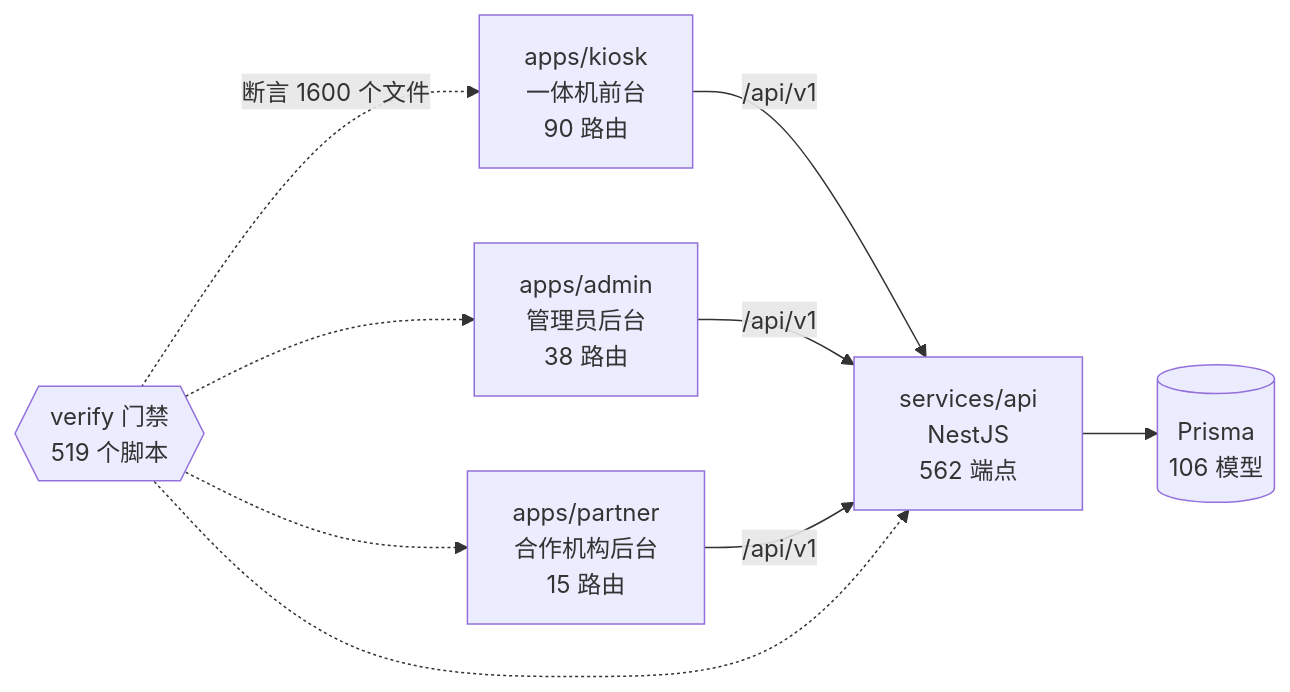
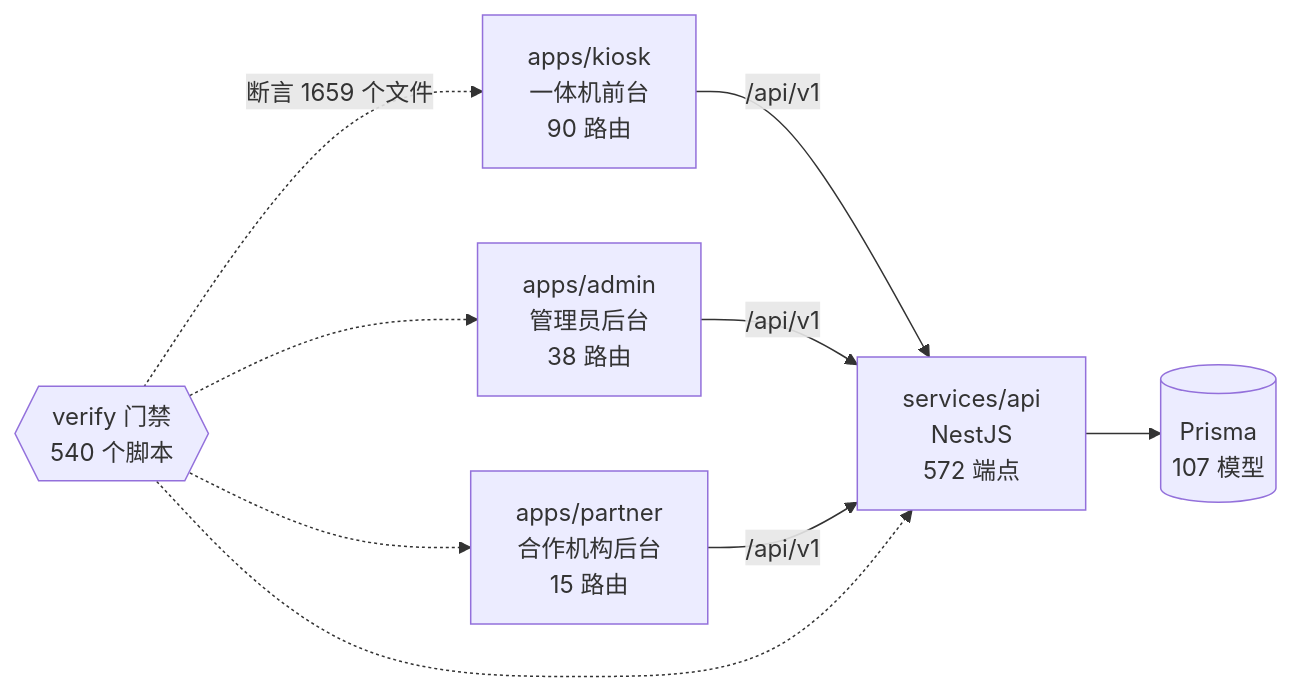
The diagram in docs/graph/README.md (wanglei581/YITIJI), drawn with Mermaid before and after one commit. The commit also changed other lines of this file and 6 other files, not shown here.

Commit message:
fix(admin): maintenance panel lists self-assessment submit/append/print (#1112 made them @MaintenanceBlocked); regenerate graph after batch

````diff
--- a/docs/graph/README.md
+++ b/docs/graph/README.md
@@ -68,18 +68,18 @@
 ```mermaid
 flowchart LR
   kiosk["apps/kiosk<br/>一体机前台<br/>90 路由"]
   admin["apps/admin<br/>管理员后台<br/>38 路由"]
   partner["apps/partner<br/>合作机构后台<br/>15 路由"]
-  api["services/api<br/>NestJS<br/>562 端点"]
-  db[("Prisma<br/>106 模型")]
-  gates{{"verify 门禁<br/>519 个脚本"}}
+  api["services/api<br/>NestJS<br/>572 端点"]
+  db[("Prisma<br/>107 模型")]
+  gates{{"verify 门禁<br/>540 个脚本"}}
 
   kiosk -->|"/api/v1"| api
   admin -->|"/api/v1"| api
   partner -->|"/api/v1"| api
   api --> db
-  gates -.->|"断言 1600 个文件"| kiosk
+  gates -.->|"断言 1659 个文件"| kiosk
   gates -.-> admin
   gates -.-> partner
   gates -.-> api
 ```
````
